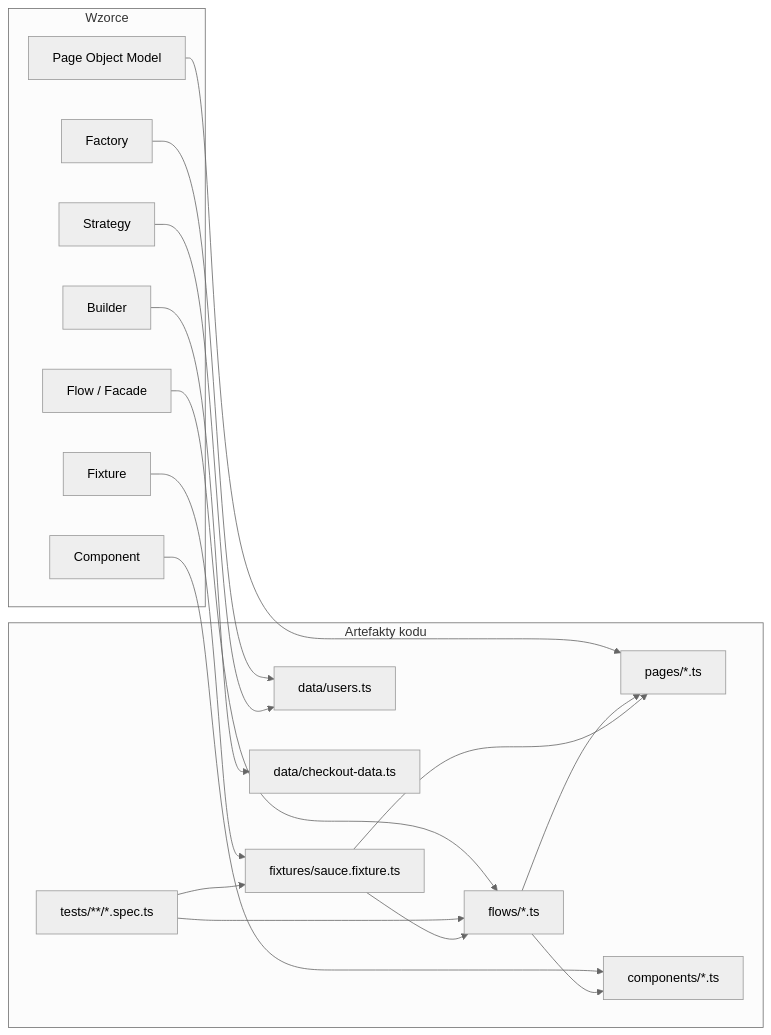
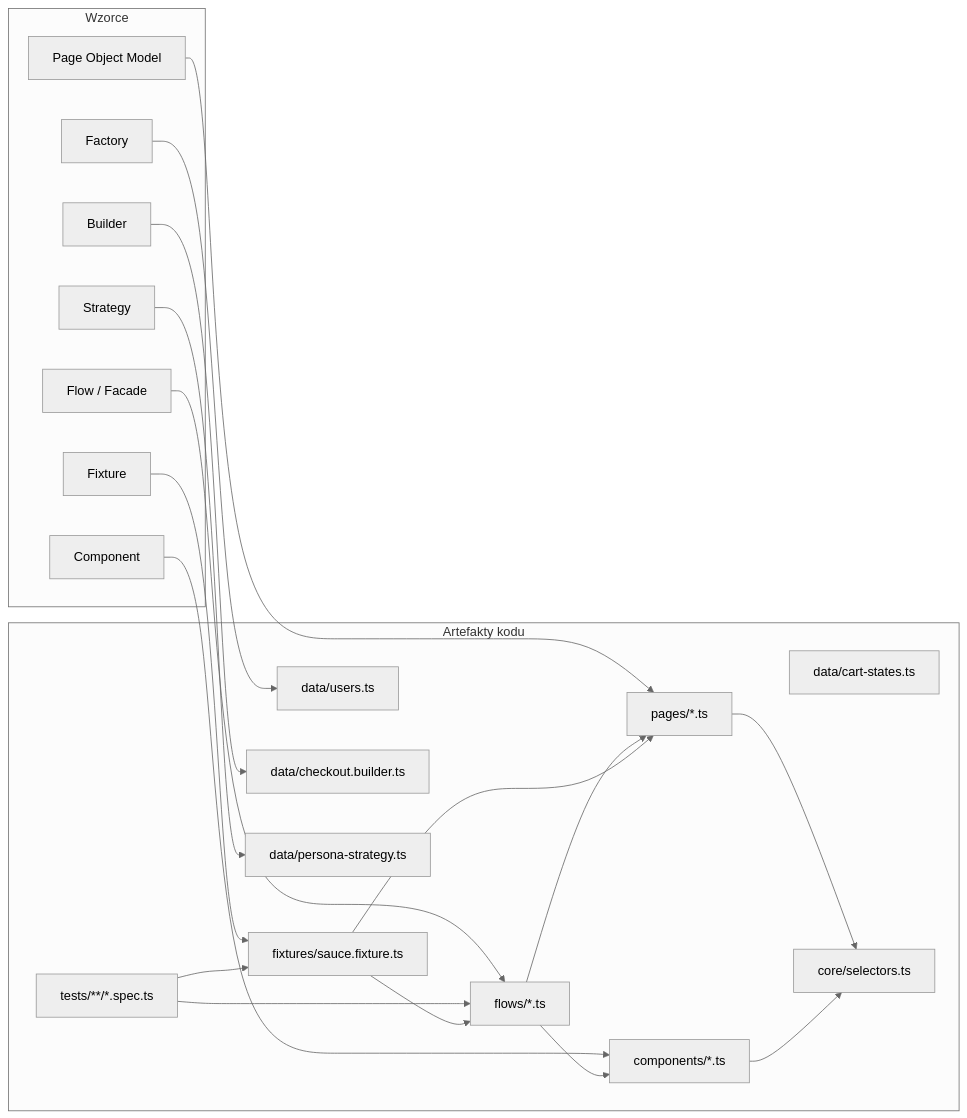
One commit to AgnieszkaPawlak/ai-saucelab-playwright changed the third of 6 diagrams in docs/saucedemo-automation-architecture.md. Above: the diagram before and after it, drawn with Mermaid (neutral theme). The commit also changed other lines of this file and 11 other files, not shown here.

````diff
--- a/docs/saucedemo-automation-architecture.md
+++ b/docs/saucedemo-automation-architecture.md
@@ -287,37 +310,43 @@
 ```mermaid
 flowchart LR
     subgraph patterns["Wzorce"]
         POM[Page Object Model]
         COMP[Component]
         FACADE[Flow / Facade]
         FIX[Fixture]
         FACT[Factory]
         BUILD[Builder]
         STRAT[Strategy]
     end
 
     subgraph artifacts["Artefakty kodu"]
         pages[pages/*.ts]
         comp[components/*.ts]
         flows[flows/*.ts]
         fix[fixtures/sauce.fixture.ts]
         users[data/users.ts]
-        checkout[data/checkout-data.ts]
+        builder[data/checkout.builder.ts]
+        cartMother[data/cart-states.ts]
+        strategy[data/persona-strategy.ts]
+        selectors[core/selectors.ts]
         specs[tests/**/*.spec.ts]
     end
 
     POM --> pages
     COMP --> comp
     FACADE --> flows
     FIX --> fix
     FACT --> users
-    BUILD --> checkout
-    STRAT --> users
+    BUILD --> builder
+    STRAT --> strategy
+
+    pages --> selectors
+    comp --> selectors
 
     specs --> fix
     specs --> flows
     flows --> pages
     flows --> comp
     fix --> flows
     fix --> pages
 ```
````
